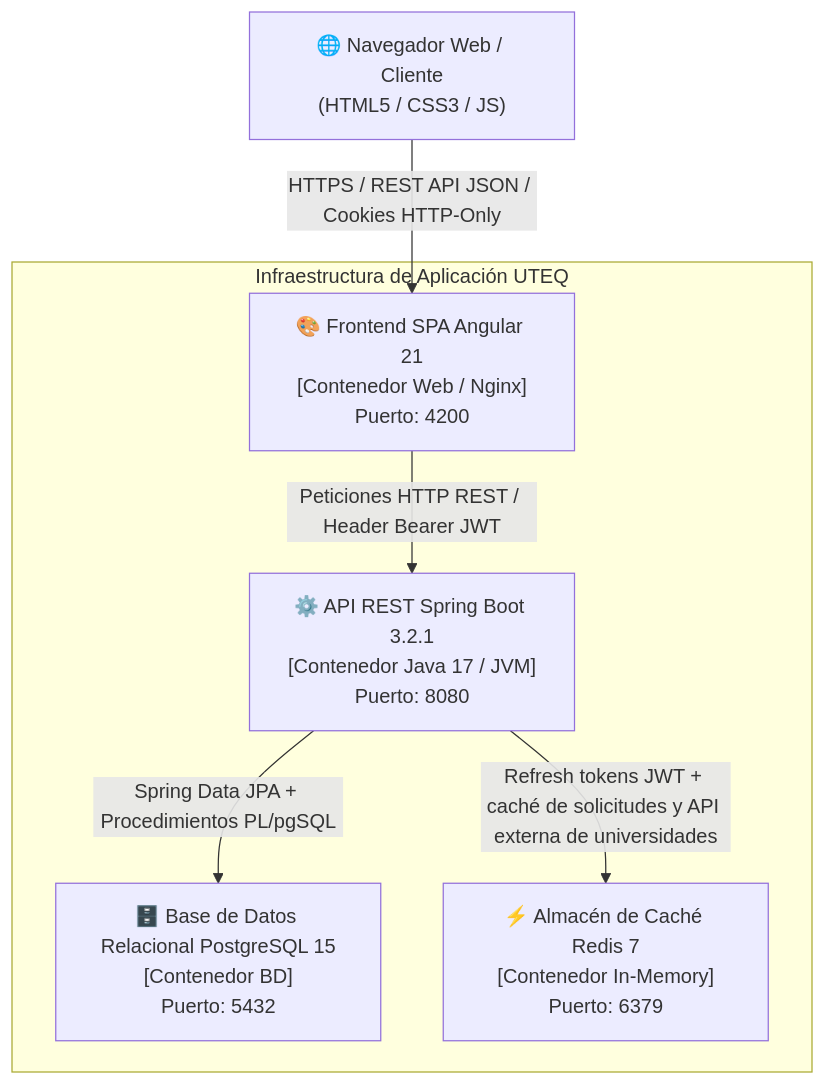
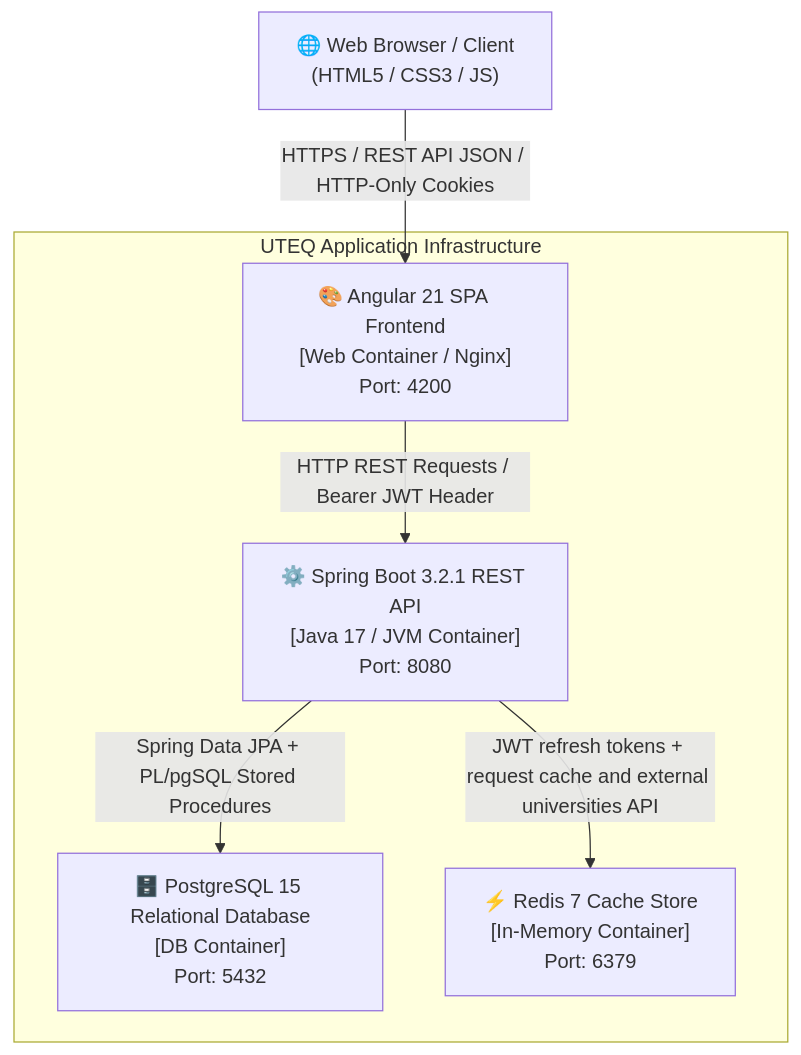
The second of 3 diagrams in docs/arquitectura/README.md (carla22072004/PFC-Presustentaciones-2026), drawn with Mermaid before and after one commit. The commit also changed other lines of this file and 20 other files, not shown here.

````diff
--- a/docs/arquitectura/README.md
+++ b/docs/arquitectura/README.md
@@ -33,16 +38,16 @@
 ```mermaid
 graph TD
-    UserBrowser["🌐 Navegador Web / Cliente<br/>(HTML5 / CSS3 / JS)"]
+    UserBrowser["🌐 Web Browser / Client<br/>(HTML5 / CSS3 / JS)"]
 
-    subgraph "Infraestructura de Aplicación UTEQ"
-        Frontend["🎨 Frontend SPA Angular 21<br/>[Contenedor Web / Nginx]<br/>Puerto: 4200"]
-        Backend["⚙️ API REST Spring Boot 3.2.1<br/>[Contenedor Java 17 / JVM]<br/>Puerto: 8080"]
-        PostgreSQL["🗄️ Base de Datos Relacional PostgreSQL 15<br/>[Contenedor BD]<br/>Puerto: 5432"]
-        Redis["⚡ Almacén de Caché Redis 7<br/>[Contenedor In-Memory]<br/>Puerto: 6379"]
+    subgraph "UTEQ Application Infrastructure"
+        Frontend["🎨 Angular 21 SPA Frontend<br/>[Web Container / Nginx]<br/>Port: 4200"]
+        Backend["⚙️ Spring Boot 3.2.1 REST API<br/>[Java 17 / JVM Container]<br/>Port: 8080"]
+        PostgreSQL["🗄️ PostgreSQL 15 Relational Database<br/>[DB Container]<br/>Port: 5432"]
+        Redis["⚡ Redis 7 Cache Store<br/>[In-Memory Container]<br/>Port: 6379"]
     end
 
-    UserBrowser -->|"HTTPS / REST API JSON / Cookies HTTP-Only"| Frontend
-    Frontend -->|"Peticiones HTTP REST / Header Bearer JWT"| Backend
-    Backend -->|"Spring Data JPA + Procedimientos PL/pgSQL"| PostgreSQL
-    Backend -->|"Refresh tokens JWT + caché de solicitudes y API externa de universidades"| Redis
+    UserBrowser -->|"HTTPS / REST API JSON / HTTP-Only Cookies"| Frontend
+    Frontend -->|"HTTP REST Requests / Bearer JWT Header"| Backend
+    Backend -->|"Spring Data JPA + PL/pgSQL Stored Procedures"| PostgreSQL
+    Backend -->|"JWT refresh tokens + request cache and external universities API"| Redis
 ```
````
